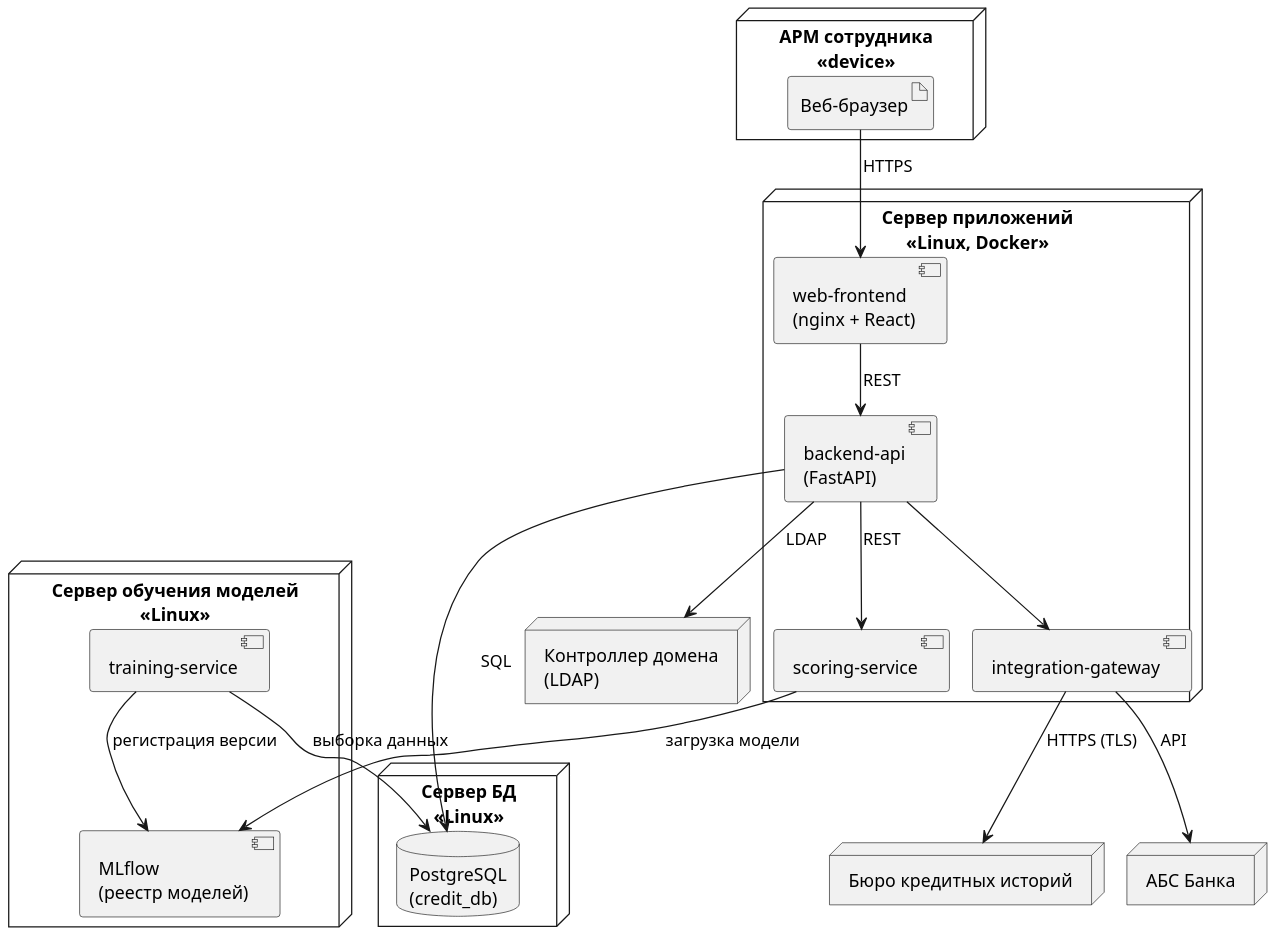
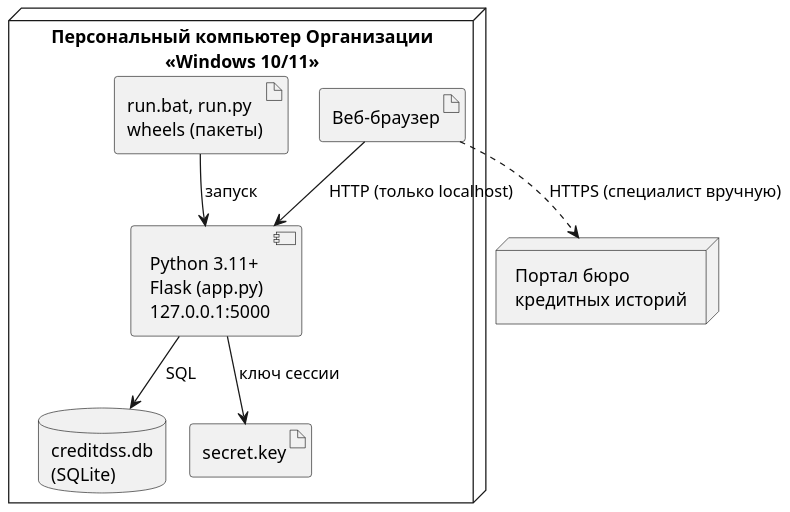
One commit to DarkSwordman999/credit-scoring-dss changed the diagram in diagrams/uml_deploy.puml. Above: the diagram before and after it, drawn with PlantUML. The commit also changed 51 other files, not shown here.

Commit message:
Отчёты ПР 1-10 и диаграммы пересобраны под базовую редакцию

```diff
--- a/diagrams/uml_deploy.puml
+++ b/diagrams/uml_deploy.puml
@@ -1,37 +1,20 @@
 @startuml
 !pragma layout smetana
 skinparam dpi 150
 skinparam defaultFontName Arial
 skinparam shadowing false
 skinparam monochrome true
-node "АРМ сотрудника\n<<device>>" as pc {
+node "Персональный компьютер Организации\n<<Windows 10/11>>" as pc {
   artifact "Веб-браузер" as br
+  component "Python 3.11+\nFlask (app.py)\n127.0.0.1:5000" as be
+  database "creditdss.db\n(SQLite)" as db
+  artifact "run.bat, run.py\nwheels (пакеты)" as run
+  artifact "secret.key" as key
 }
-node "Сервер приложений\n<<Linux, Docker>>" as app {
-  component "web-frontend\n(nginx + React)" as fe
-  component "backend-api\n(FastAPI)" as be
-  component "scoring-service" as sc
-  component "integration-gateway" as gw
-}
-node "Сервер обучения моделей\n<<Linux>>" as mls {
-  component "training-service" as tr
-  component "MLflow\n(реестр моделей)" as mlf
-}
-node "Сервер БД\n<<Linux>>" as dbs {
-  database "PostgreSQL\n(credit_db)" as db
-}
-node "Бюро кредитных историй" as bki
-node "АБС Банка" as abs
-node "Контроллер домена\n(LDAP)" as ldap
-br --> fe : HTTPS
-fe --> be : REST
-be --> sc : REST
-be --> gw
-gw --> bki : HTTPS (TLS)
-gw --> abs : API
+node "Портал бюро\nкредитных историй" as bki
+run --> be : запуск
+br --> be : HTTP (только localhost)
 be --> db : SQL
-sc --> mlf : загрузка модели
-tr --> mlf : регистрация версии
-tr --> db : выборка данных
-be --> ldap : LDAP
+be --> key : ключ сессии
+br ..> bki : HTTPS (специалист вручную)
 @enduml
```
